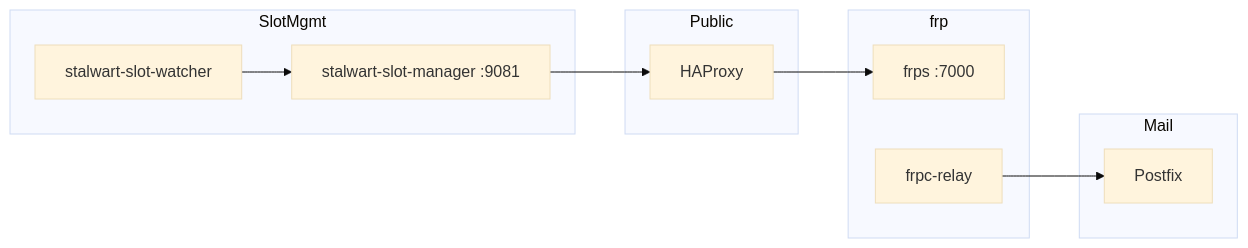
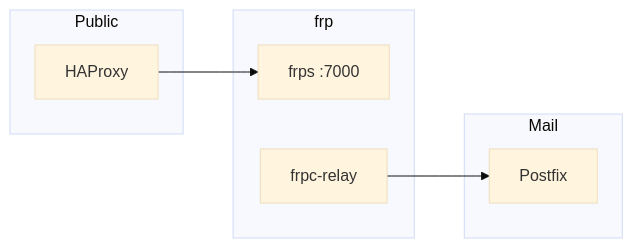
The diagram in apps/stalwart/vps/README.md (IIRoan/rocal), drawn with Mermaid (base theme) before and after one commit. The commit also changed other lines of this file and 16 other files, not shown here.

````diff
--- a/apps/stalwart/vps/README.md
+++ b/apps/stalwart/vps/README.md
@@ -8,22 +8,16 @@
 ```mermaid
 flowchart LR
     subgraph Public
         HAP[HAProxy]
     end
     subgraph frp
         FRPS[frps :7000]
         FREL[frpc-relay]
     end
     subgraph Mail
         PF[Postfix]
     end
-    subgraph SlotMgmt
-        MGR[stalwart-slot-manager :9081]
-        WCH[stalwart-slot-watcher]
-    end
 
     HAP --> FRPS
     FREL --> PF
-    WCH --> MGR
-    MGR --> HAP
 ```
````
